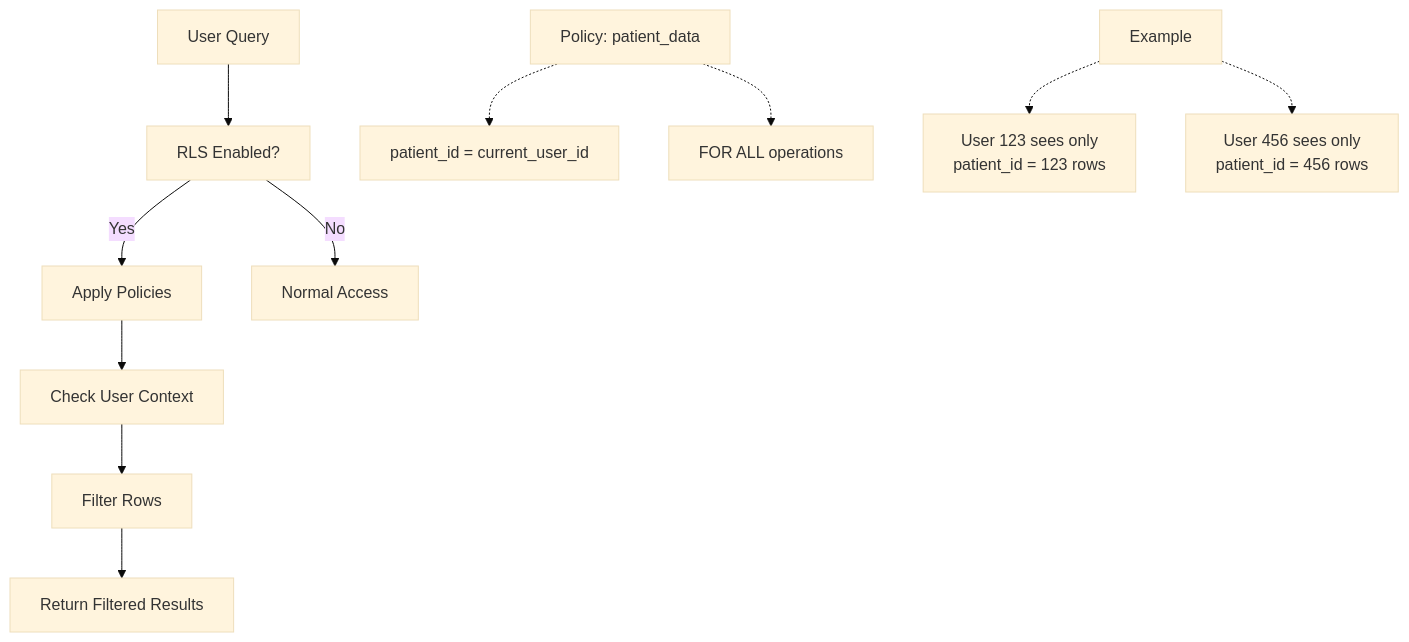
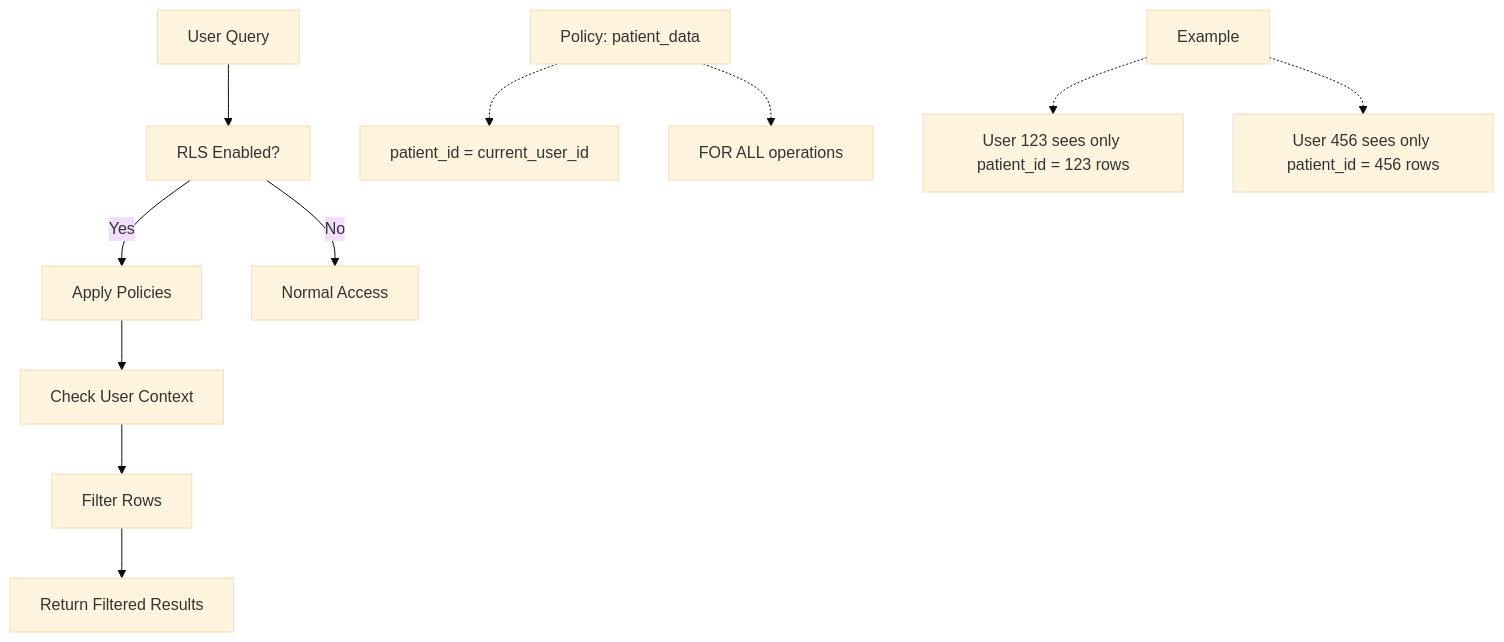
One commit to basharArif/sql-learning-path changed the third of 3 diagrams in ops/1-advanced-security.md. Above: the diagram before and after it, drawn with Mermaid (base theme). The commit also changed other lines of this file and 12 other files, not shown here.

Commit message:
Fix Mermaid diagrams in remaining files: Replace \n with spaces for proper rendering

````diff
--- a/ops/1-advanced-security.md
+++ b/ops/1-advanced-security.md
@@ -109,16 +109,16 @@
 ```mermaid
 graph TD
     A[User Query] --> B[RLS Enabled?]
     B -->|Yes| C[Apply Policies]
     B -->|No| D[Normal Access]
     
     C --> E[Check User Context]
     E --> F[Filter Rows]
     F --> G[Return Filtered Results]
     
     H[Policy: patient_data] -.-> I[patient_id = current_user_id]
     H -.-> J[FOR ALL operations]
     
-    K[Example] -.-> L[User 123 sees only\npatient_id = 123 rows]
-    K -.-> M[User 456 sees only\npatient_id = 456 rows]
+    K[Example] -.-> L[User 123 sees only patient_id = 123 rows]
+    K -.-> M[User 456 sees only patient_id = 456 rows]
 ```
````
